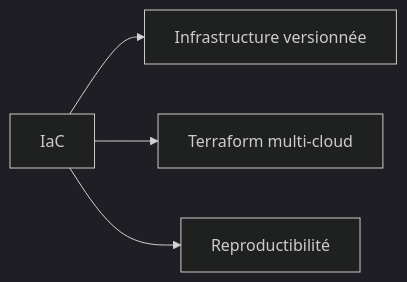
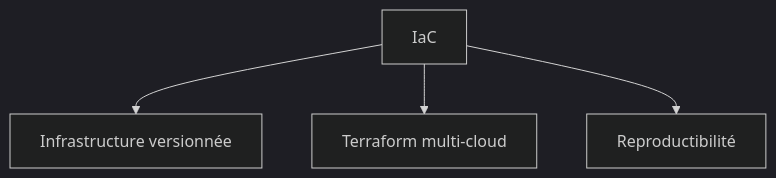
Before and after one commit to zyrass/omnydocs: diagram 16 of 30 in docs/glossaire/devsecops.md, drawn with Mermaid (dark theme). The commit also changed other lines of this file and 1780 other files, not shown here.

````diff
--- a/docs/glossaire/devsecops.md
+++ b/docs/glossaire/devsecops.md
@@ -336,6 +402,6 @@
-    ```mermaid
-    graph LR
-        A[IaC] --> B[Infrastructure versionnée]
-        A --> C[Terraform multi-cloud]
-        A --> D[Reproductibilité]
-    ```
+```mermaid
+graph TB
+    A[IaC] --> B[Infrastructure versionnée]
+    A --> C[Terraform multi-cloud]
+    A --> D[Reproductibilité]
+```
````
